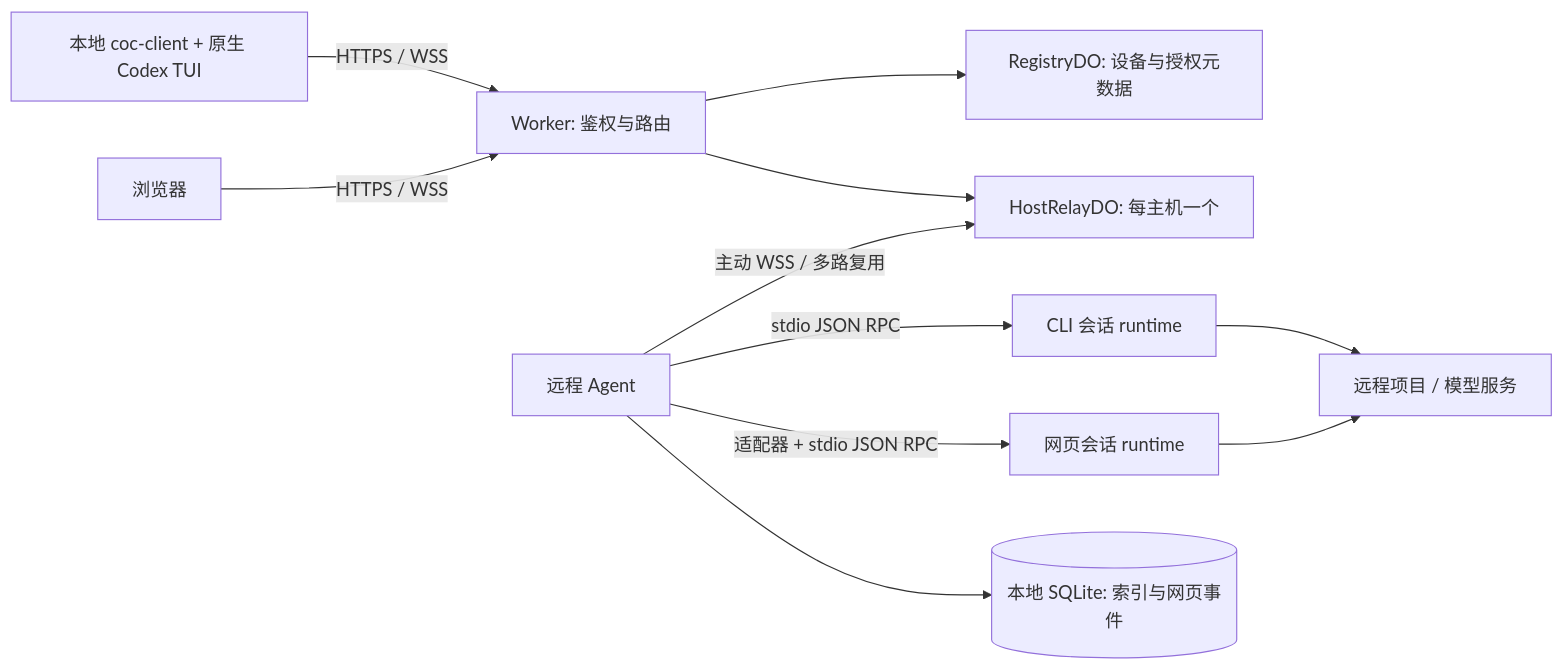
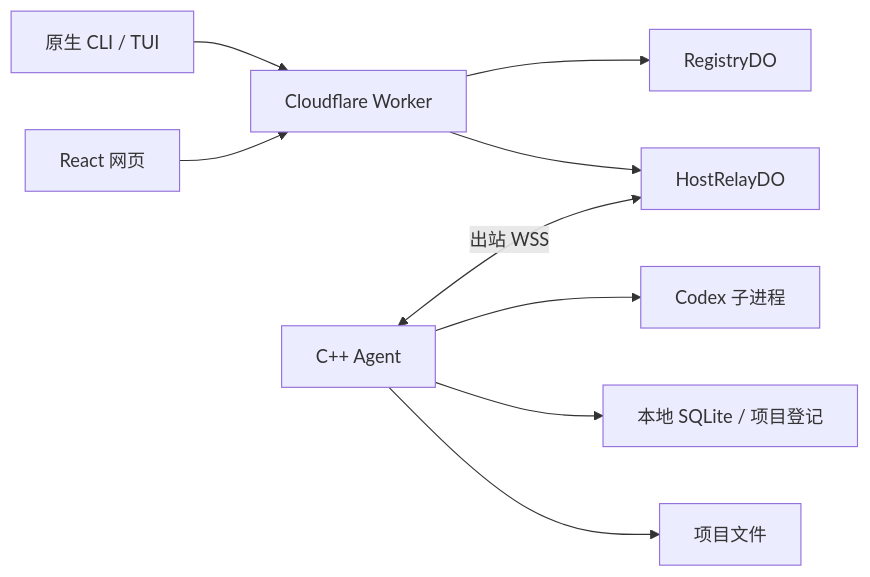
Before and after one commit to hjxxlogic/codexovercloudflare: the diagram in docs/ARCHITECTURE.md, drawn with Mermaid. The commit also changed other lines of this file and 342 other files, not shown here.

````diff
--- a/docs/ARCHITECTURE.md
+++ b/docs/ARCHITECTURE.md
@@ -220,13 +5,11 @@
 ```mermaid
 flowchart LR
-  CLI[本地 coc-client + 原生 Codex TUI] -->|HTTPS / WSS| W[Worker: 鉴权与路由]
-  WEB[浏览器] -->|HTTPS / WSS| W
-  W --> REG[RegistryDO: 设备与授权元数据]
-  W --> HOST[HostRelayDO: 每主机一个]
-  AG[远程 Agent] -->|主动 WSS / 多路复用| HOST
-  AG -->|stdio JSON RPC| C1[CLI 会话 runtime]
-  AG -->|适配器 + stdio JSON RPC| C2[网页会话 runtime]
-  C1 --> P[远程项目 / 模型服务]
-  C2 --> P
-  AG --> DB[(本地 SQLite: 索引与网页事件)]
+  CC[原生 CLI / TUI] --> R[Cloudflare Worker]
+  CW[React 网页] --> R
+  R --> REG[RegistryDO]
+  R --> HOST[HostRelayDO]
+  A[C++ Agent] <-->|出站 WSS| HOST
+  A --> CODEX[Codex 子进程]
+  A --> DB[本地 SQLite / 项目登记]
+  A --> FS[项目文件]
 ```
````
